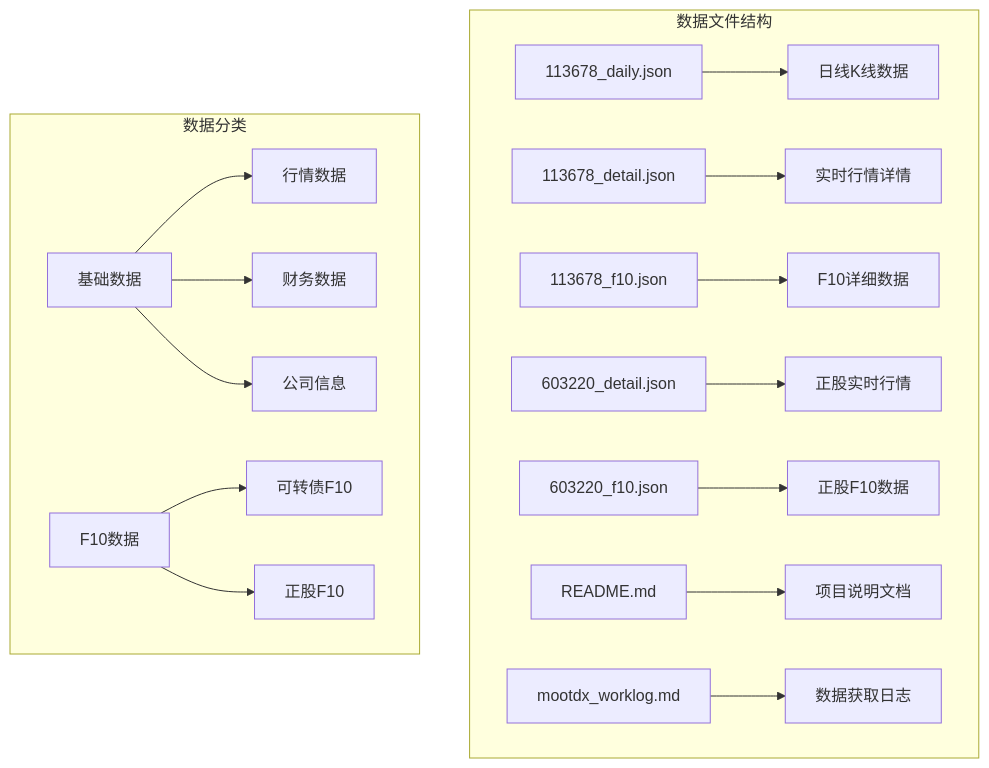
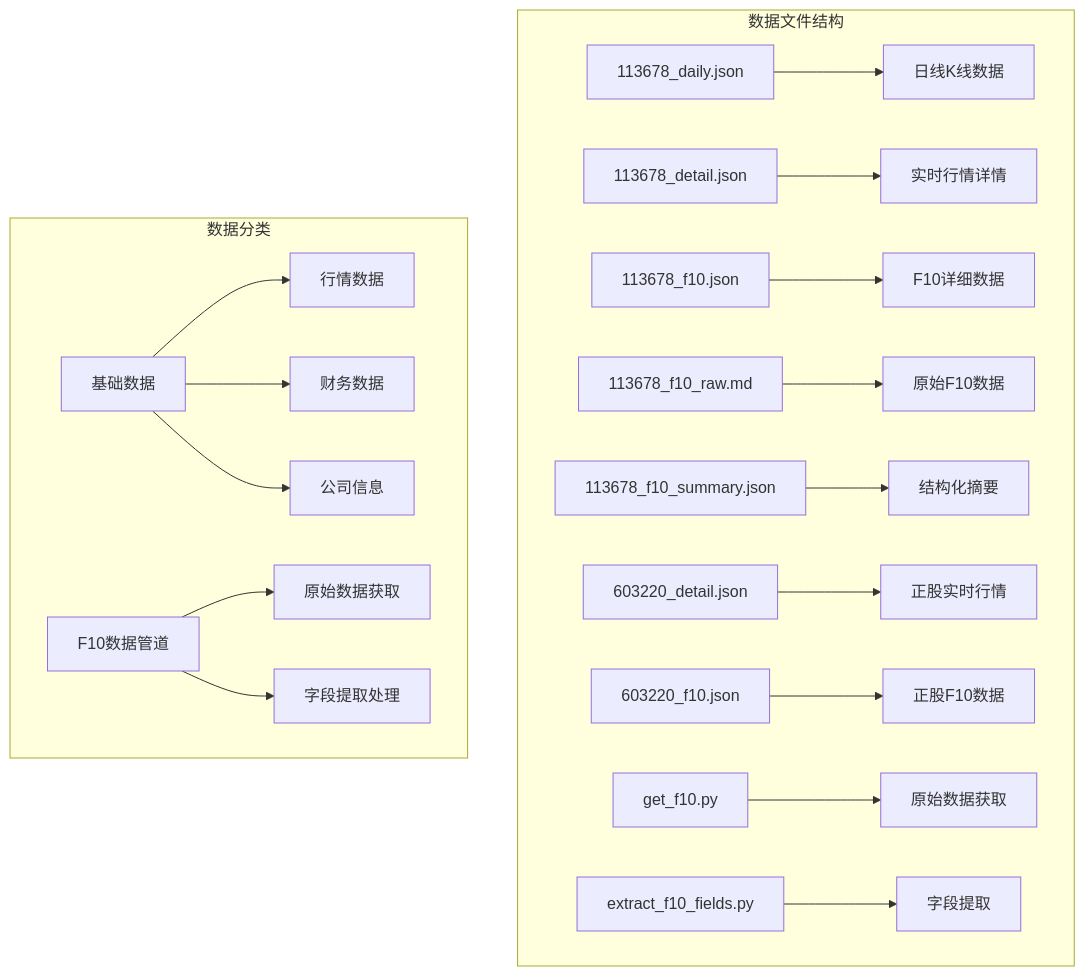
The first of 11 diagrams in .qoder/repowiki/zh/content/数据文件说明/F10详细数据文件.md (MORECORIANDERS/SCBE-web), drawn with Mermaid before and after one commit. The commit also changed other lines of this file and 16 other files, not shown here.

````diff
--- a/.qoder/repowiki/zh/content/数据文件说明/F10详细数据文件.md
+++ b/.qoder/repowiki/zh/content/数据文件说明/F10详细数据文件.md
@@ -41,19 +54,21 @@
 ```mermaid
 graph TB
 subgraph "数据文件结构"
 A[113678_daily.json] --> B[日线K线数据]
 C[113678_detail.json] --> D[实时行情详情]
 E[113678_f10.json] --> F[F10详细数据]
-G[603220_detail.json] --> H[正股实时行情]
-I[603220_f10.json] --> J[正股F10数据]
-K[README.md] --> L[项目说明文档]
-M[mootdx_worklog.md] --> N[数据获取日志]
+G[113678_f10_raw.md] --> H[原始F10数据]
+I[113678_f10_summary.json] --> J[结构化摘要]
+K[603220_detail.json] --> L[正股实时行情]
+M[603220_f10.json] --> N[正股F10数据]
+O[get_f10.py] --> P[原始数据获取]
+Q[extract_f10_fields.py] --> R[字段提取]
 end
 subgraph "数据分类"
-O[基础数据] --> P[行情数据]
-O --> Q[财务数据]
-O --> R[公司信息]
-S[F10数据] --> T[可转债F10]
-S --> U[正股F10]
+S[基础数据] --> T[行情数据]
+S --> U[财务数据]
+S --> V[公司信息]
+W[F10数据管道] --> X[原始数据获取]
+W --> Y[字段提取处理]
 end
 ```
````
